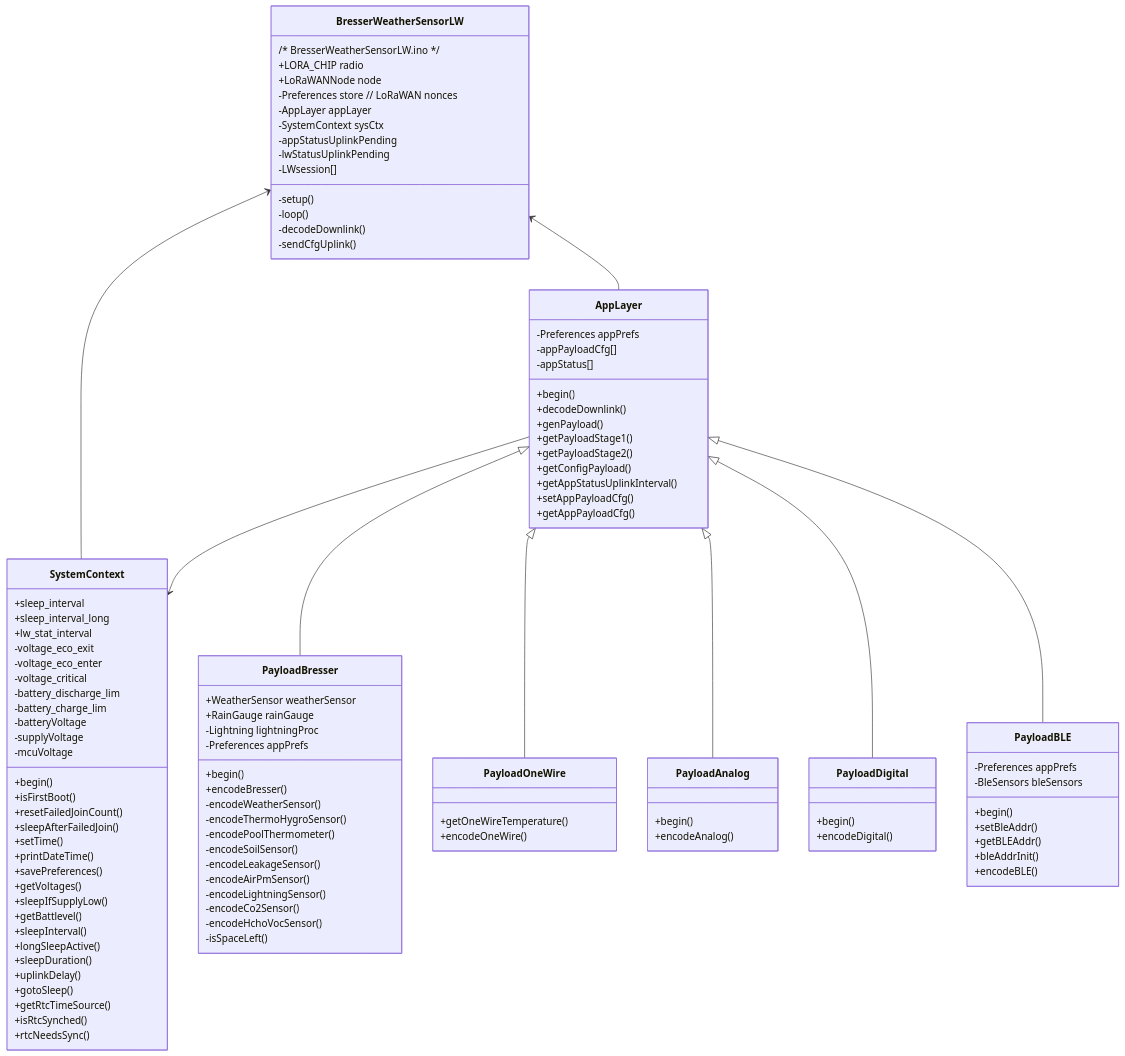
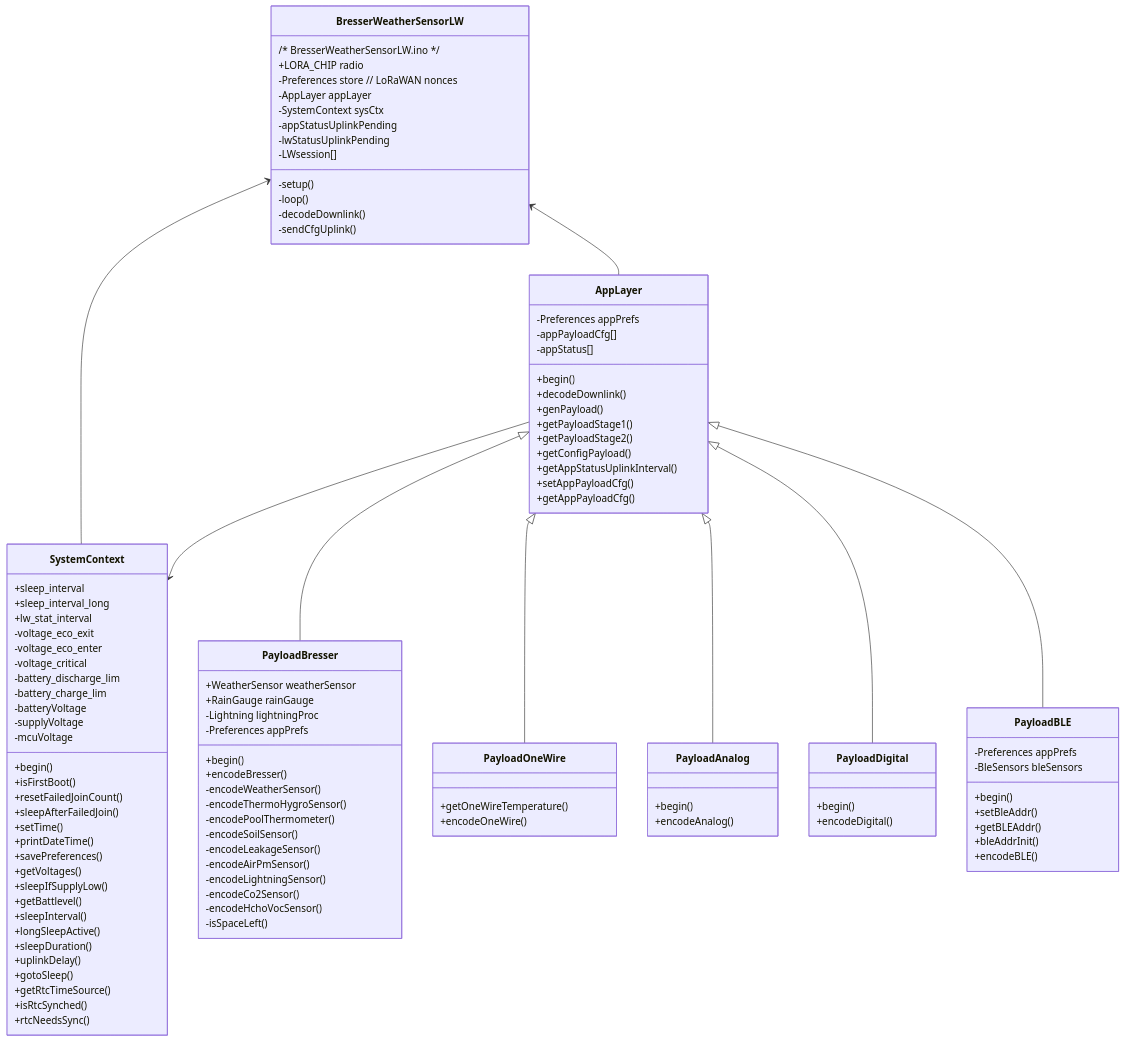
Before and after one commit to matthias-bs/BresserWeatherSensorLW: the diagram in README.md, drawn with Mermaid. The commit also changed other lines of this file, not shown here.

Commit message:
Removed LoRaWANNode as class member

```diff
--- a/README.md
+++ b/README.md
@@ -978,7 +976,6 @@
     class BresserWeatherSensorLW {
         /* BresserWeatherSensorLW.ino */
         +LORA_CHIP radio
-        +LoRaWANNode node
         -Preferences store // LoRaWAN nonces
         -AppLayer appLayer
         -SystemContext sysCtx
```
